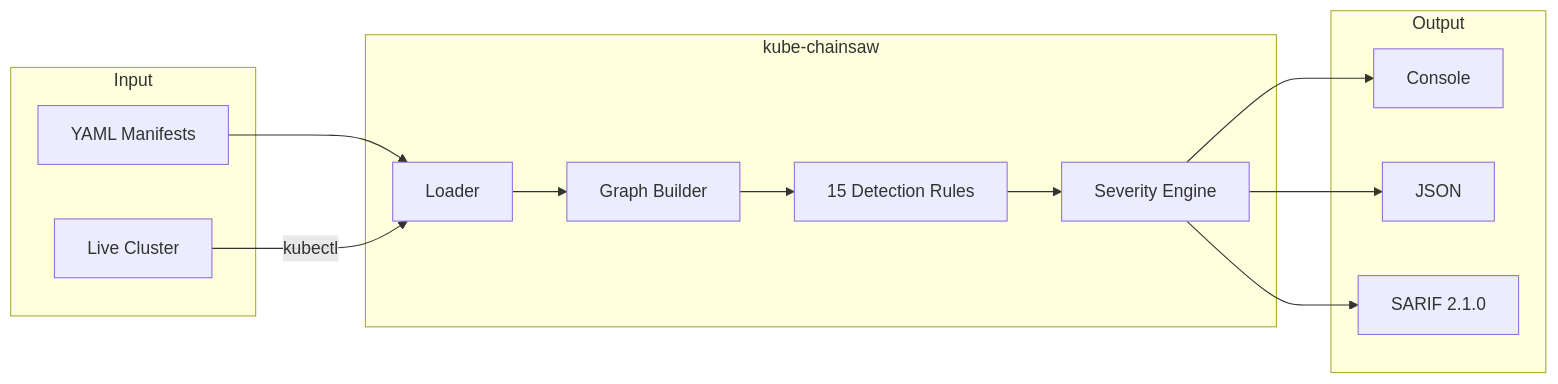
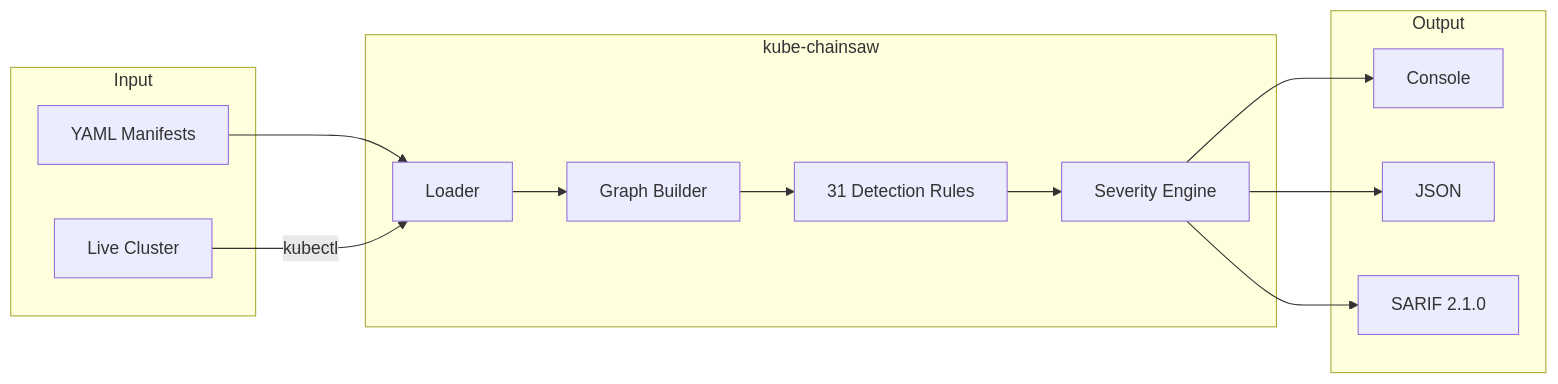
The diagram in site/docs/index.md (ugiordan/kube-chainsaw), drawn with Mermaid before and after one commit. The commit also changed other lines of this file and 44 other files, not shown here.

````diff
--- a/site/docs/index.md
+++ b/site/docs/index.md
@@ -20,25 +20,25 @@
 ```mermaid
 graph LR
     subgraph Input
         A[YAML Manifests]
         A2[Live Cluster]
     end
 
     subgraph "kube-chainsaw"
         B[Loader] --> C[Graph Builder]
-        C --> D[15 Detection Rules]
+        C --> D[31 Detection Rules]
         D --> E[Severity Engine]
     end
 
     subgraph Output
         F[Console]
         G[JSON]
         H[SARIF 2.1.0]
     end
 
     A --> B
     A2 -->|kubectl| B
     E --> F
     E --> G
     E --> H
 ```
````
